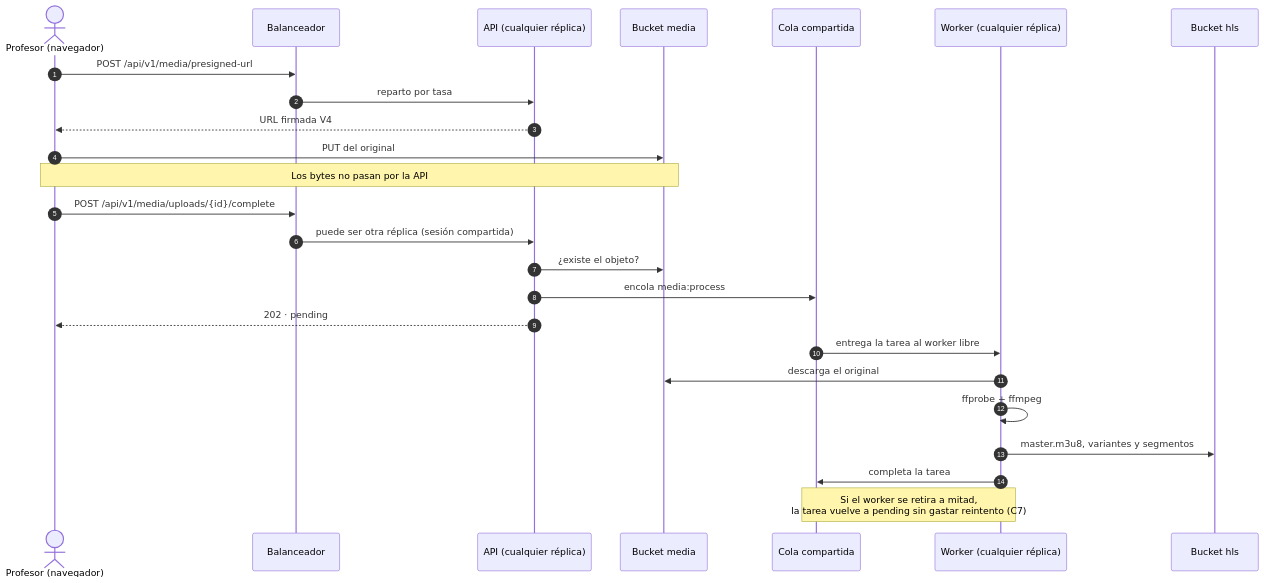
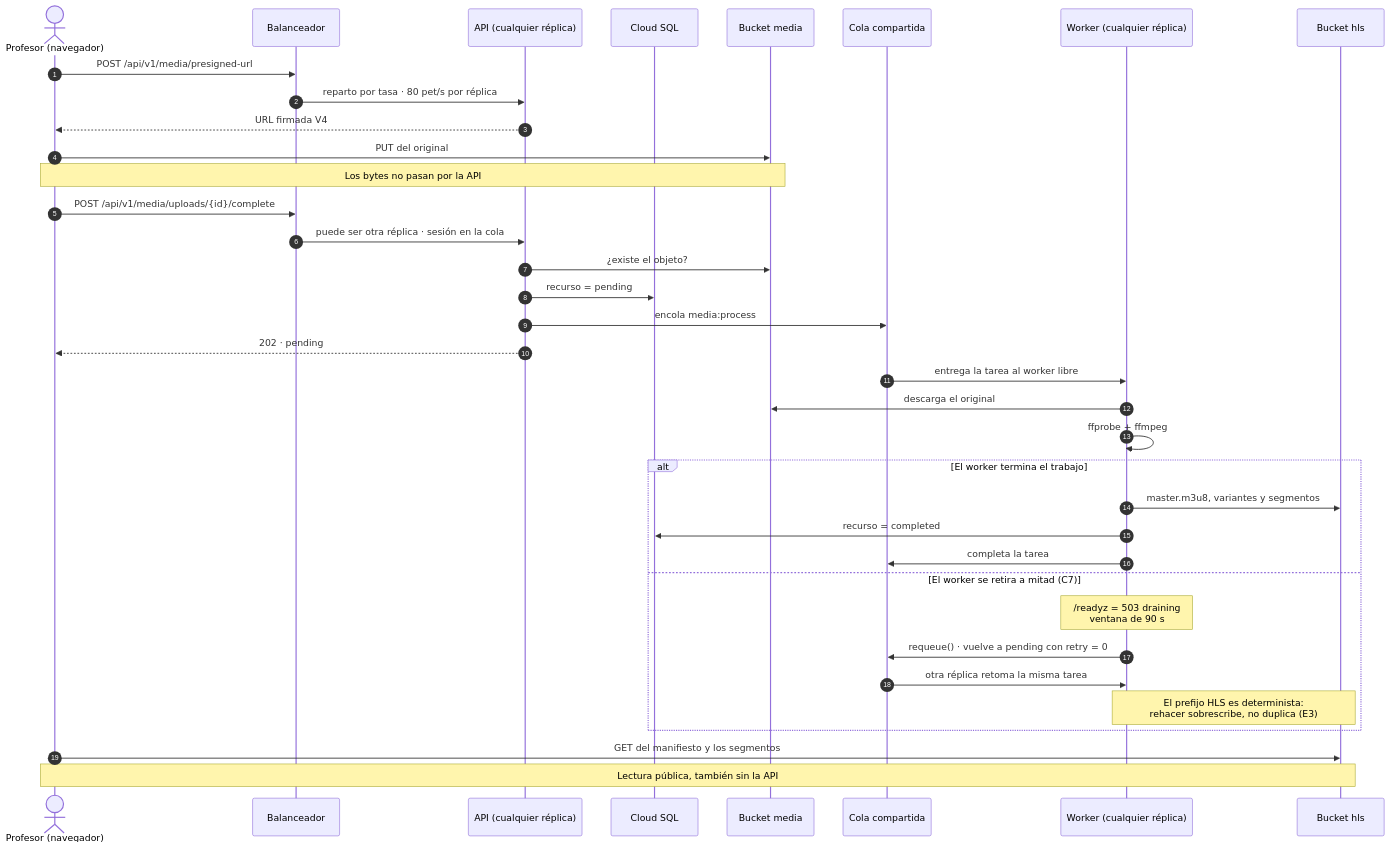
One commit to ISIS4426-2026/Plataforma-MOOC changed the second of 3 diagrams in docs/entrega3/arquitectura.md. Above: the diagram before and after it, drawn with Mermaid. The commit also changed other lines of this file, not shown here.

Commit message:
docs(I1): clearer architecture diagrams

````diff
--- a/docs/entrega3/arquitectura.md
+++ b/docs/entrega3/arquitectura.md
@@ -168,28 +206,43 @@
 ```mermaid
 sequenceDiagram
     autonumber
     actor P as Profesor (navegador)
     participant L as Balanceador
     participant A as API (cualquier réplica)
+    participant D as Cloud SQL
     participant B as Bucket media
     participant Q as Cola compartida
     participant W as Worker (cualquier réplica)
     participant H as Bucket hls
 
     P->>L: POST /api/v1/media/presigned-url
-    L->>A: reparto por tasa
+    L->>A: reparto por tasa · 80 pet/s por réplica
     A-->>P: URL firmada V4
     P->>B: PUT del original
     Note over P,B: Los bytes no pasan por la API
+
     P->>L: POST /api/v1/media/uploads/{id}/complete
-    L->>A: puede ser otra réplica (sesión compartida)
+    L->>A: puede ser otra réplica · sesión en la cola
     A->>B: ¿existe el objeto?
+    A->>D: recurso = pending
     A->>Q: encola media:process
     A-->>P: 202 · pending
+
     Q->>W: entrega la tarea al worker libre
     W->>B: descarga el original
     W->>W: ffprobe + ffmpeg
-    W->>H: master.m3u8, variantes y segmentos
-    W->>Q: completa la tarea
-    Note over W,Q: Si el worker se retira a mitad,<br/>la tarea vuelve a pending sin gastar reintento (C7)
+
+    alt El worker termina el trabajo
+        W->>H: master.m3u8, variantes y segmentos
+        W->>D: recurso = completed
+        W->>Q: completa la tarea
+    else El worker se retira a mitad (C7)
+        Note over W: /readyz = 503 draining<br/>ventana de 90 s
+        W->>Q: requeue() · vuelve a pending con retry = 0
+        Q->>W: otra réplica retoma la misma tarea
+        Note over W,H: El prefijo HLS es determinista:<br/>rehacer sobrescribe, no duplica (E3)
+    end
+
+    P->>H: GET del manifiesto y los segmentos
+    Note over P,H: Lectura pública, también sin la API
 ```
````
